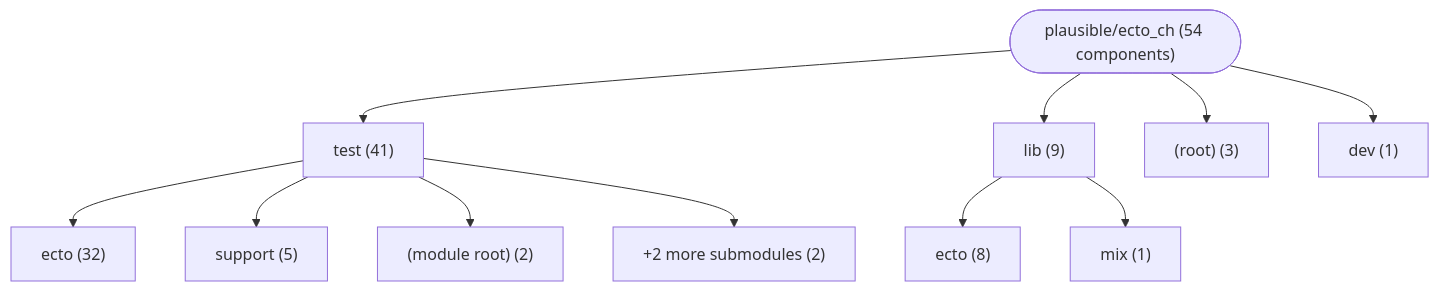
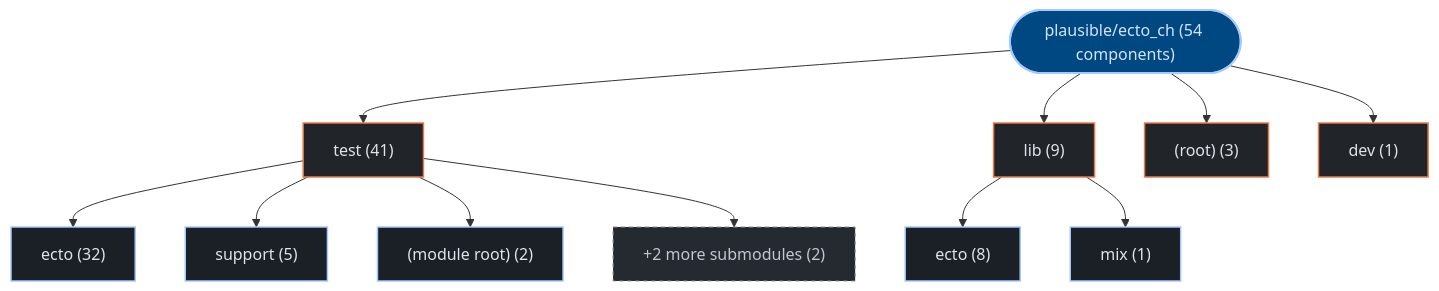
Before and after one commit to kumarshaz/atruss-code-atlas: the first of 3 diagrams in exports/latest/reports/plausible-ecto_ch-report.md, drawn with Mermaid. The commit also changed other lines of this file and 331 other files, not shown here.

Commit message:
docs,ui,fix: update SDLC docs, reorder CI/CD DAG first, stylize Mermaid, and fix Arc42 pipeline topology

````diff
--- a/exports/latest/reports/plausible-ecto_ch-report.md
+++ b/exports/latest/reports/plausible-ecto_ch-report.md
@@ -42,24 +42,31 @@
 ```mermaid
 graph TD;
-    repo_root(["plausible/ecto_ch (54 components)"])
-    dir_0_test["test (41)"]
+  classDef atlasRoot fill:#004882,stroke:#a3c9ff,stroke-width:2px,color:#d3e4ff
+  classDef atlasCategory fill:#212428,stroke:#E87A48,stroke-width:1.5px,color:#dfe3eb
+  classDef atlasWorkflow fill:#1b2026,stroke:#a3c9ff,stroke-width:1.5px,color:#dfe3eb
+  classDef atlasJob fill:#171c22,stroke:#8d9199,stroke-width:1px,color:#dfe3eb
+  classDef atlasTarget fill:#005227,stroke:#8bd99b,stroke-width:1.5px,color:#a7f6b6
+  classDef atlasAlert fill:#93000a,stroke:#ffb4ab,stroke-width:1.5px,color:#ffdad6
+  classDef atlasMore fill:#252a31,stroke:#8d9199,stroke-dasharray:4 4,color:#c3c6cf
+    repo_root(["plausible/ecto_ch (54 components)"]):::atlasRoot
+    dir_0_test["test (41)"]:::atlasCategory
     repo_root --> dir_0_test
-    sub_0_0_ecto["ecto (32)"]
+    sub_0_0_ecto["ecto (32)"]:::atlasWorkflow
     dir_0_test --> sub_0_0_ecto
-    sub_0_1_support["support (5)"]
+    sub_0_1_support["support (5)"]:::atlasWorkflow
     dir_0_test --> sub_0_1_support
-    sub_0_2__module_root_["(module root) (2)"]
+    sub_0_2__module_root_["(module root) (2)"]:::atlasWorkflow
     dir_0_test --> sub_0_2__module_root_
-    sub_0_more["+2 more submodules (2)"]
+    sub_0_more["+2 more submodules (2)"]:::atlasMore
     dir_0_test --> sub_0_more
-    dir_1_lib["lib (9)"]
+    dir_1_lib["lib (9)"]:::atlasCategory
     repo_root --> dir_1_lib
-    sub_1_0_ecto["ecto (8)"]
+    sub_1_0_ecto["ecto (8)"]:::atlasWorkflow
     dir_1_lib --> sub_1_0_ecto
-    sub_1_1_mix["mix (1)"]
+    sub_1_1_mix["mix (1)"]:::atlasWorkflow
     dir_1_lib --> sub_1_1_mix
-    dir_2__root_["(root) (3)"]
+    dir_2__root_["(root) (3)"]:::atlasCategory
     repo_root --> dir_2__root_
-    dir_3_dev["dev (1)"]
+    dir_3_dev["dev (1)"]:::atlasCategory
     repo_root --> dir_3_dev
 ```
````
